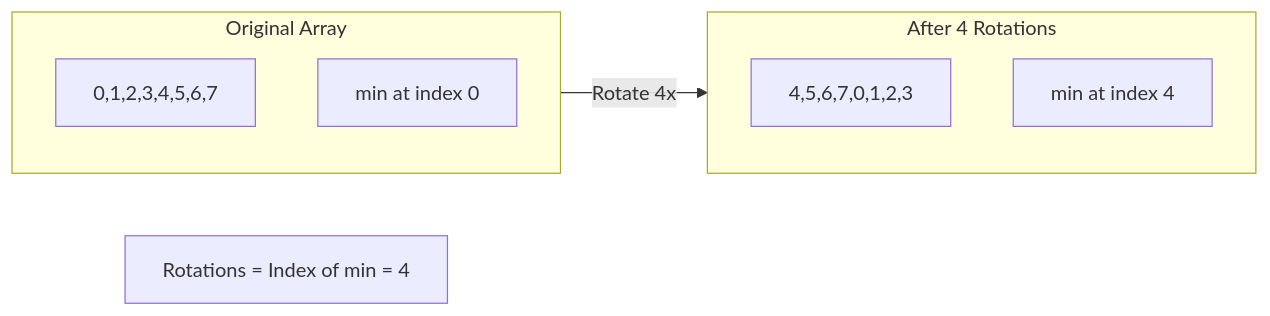
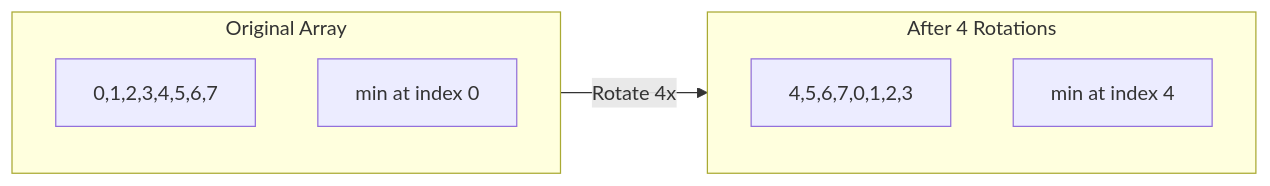
One commit to pentoshi007/tuf changed the tenth of 19 diagrams in dsa/Advanced/04-Binary search/02-logic-building/02-logic-building.md. Above: the diagram before and after it, drawn with Mermaid. The commit also changed other lines of this file and 1 other file, not shown here.

First line of the commit message:
Fix Mermaid diagram syntax for GitHub compatibility

````diff
--- a/dsa/Advanced/04-Binary search/02-logic-building/02-logic-building.md
+++ b/dsa/Advanced/04-Binary search/02-logic-building/02-logic-building.md
@@ -395,15 +387,14 @@
 ```mermaid
 flowchart LR
     subgraph Original["Original Array"]
         O["0,1,2,3,4,5,6,7"]
         O1["min at index 0"]
     end
     
     subgraph Rotated["After 4 Rotations"]
         R["4,5,6,7,0,1,2,3"]
         R1["min at index 4"]
     end
     
     Original -->|"Rotate 4x"| Rotated
-    Result["Rotations = Index of min = 4"]
 ```
````
